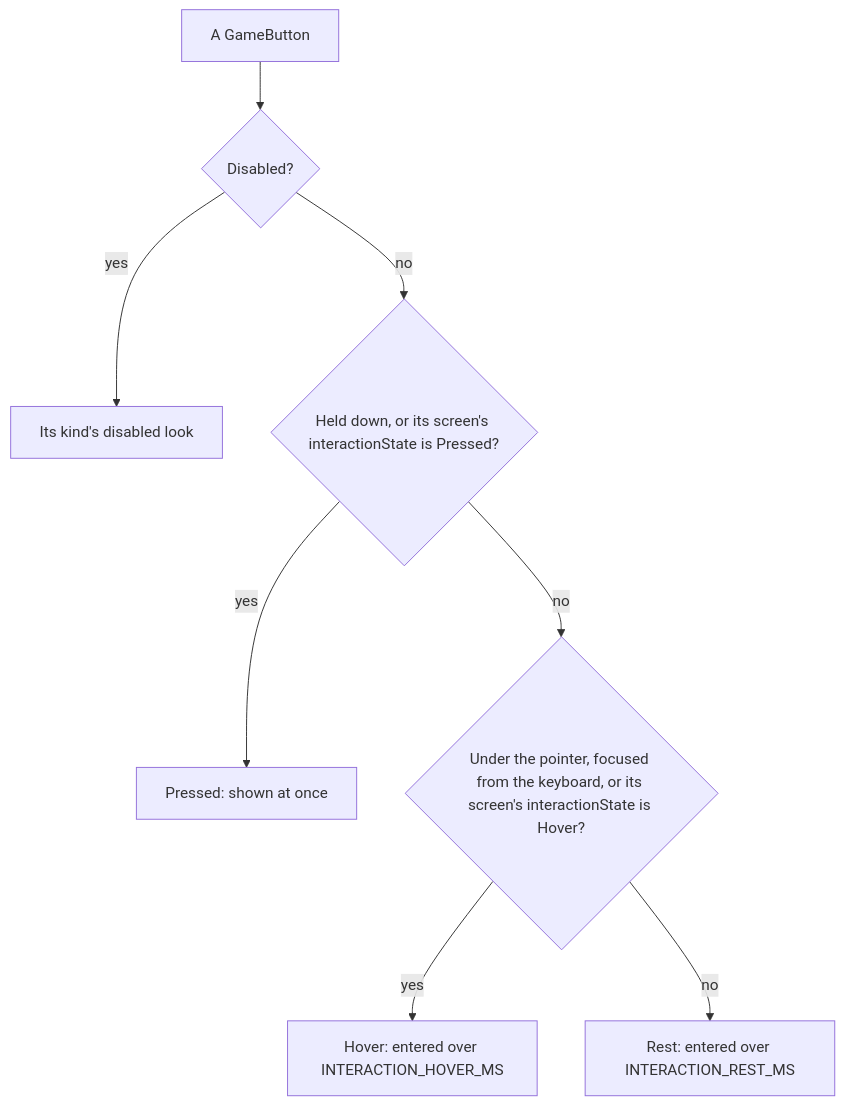
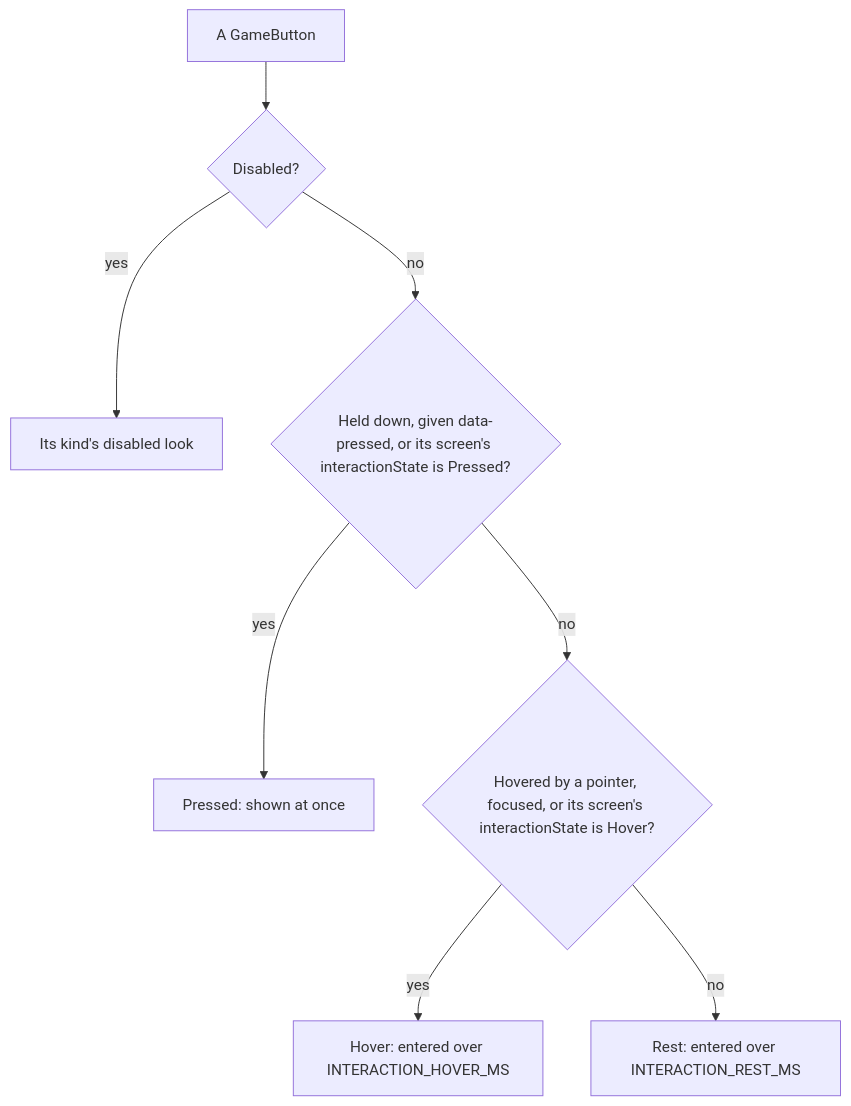
Before and after one commit to Esposter/Esposter: the second of 2 diagrams in openspec/specs/genshin/interface-library/design.md, drawn with Mermaid. The commit also changed other lines of this file and 86 other files, not shown here.

````diff
--- a/openspec/specs/genshin/interface-library/design.md
+++ b/openspec/specs/genshin/interface-library/design.md
@@ -31,10 +31,10 @@
 ```mermaid
 flowchart TD
   B[A GameButton] --> D{Disabled?}
   D -->|yes| X[Its kind's disabled look]
-  D -->|no| P{"Held down, or its screen's interactionState is Pressed?"}
+  D -->|no| P{"Held down, given data-pressed, or its screen's interactionState is Pressed?"}
   P -->|yes| K[Pressed: shown at once]
-  P -->|no| H{"Under the pointer, focused from the keyboard, or its screen's interactionState is Hover?"}
+  P -->|no| H{"Hovered by a pointer, focused, or its screen's interactionState is Hover?"}
   H -->|yes| L[Hover: entered over INTERACTION_HOVER_MS]
   H -->|no| R[Rest: entered over INTERACTION_REST_MS]
 ```
````
